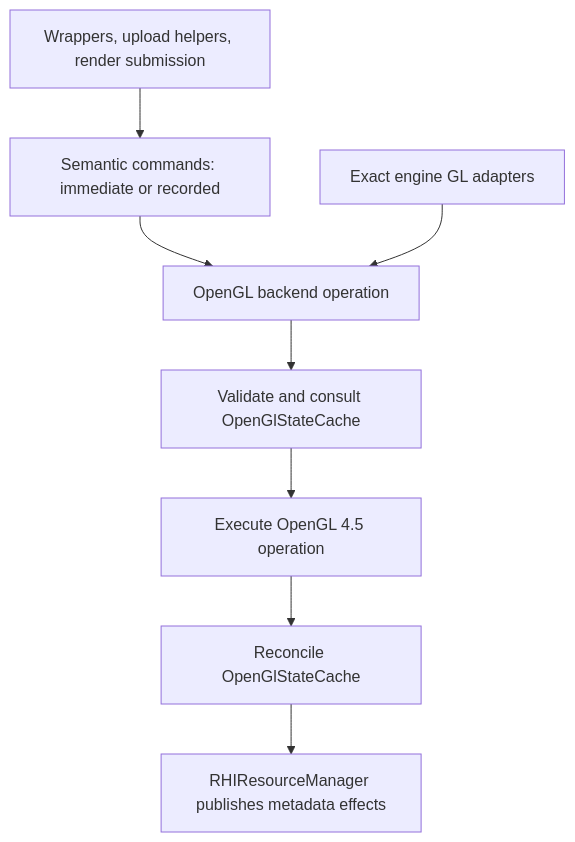
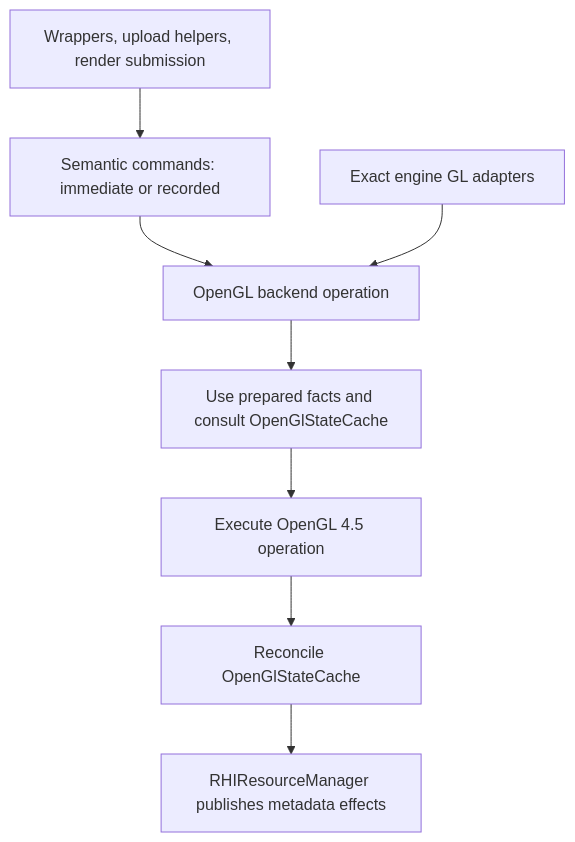
One commit to dsisco11/VanillaGraphicsExpanded changed the diagram in docs/Rendering.GpuCommands.Proposal.md. Above: the diagram before and after it, drawn with Mermaid. The commit also changed other lines of this file and 6 other files, not shown here.

````diff
--- a/docs/Rendering.GpuCommands.Proposal.md
+++ b/docs/Rendering.GpuCommands.Proposal.md
@@ -28,10 +29,10 @@
 ```mermaid
 flowchart TD
     W[Wrappers, upload helpers, render submission] --> C[Semantic commands: immediate or recorded]
     C --> B[OpenGL backend operation]
-    B --> P[Validate and consult OpenGlStateCache]
+    B --> P[Use prepared facts and consult OpenGlStateCache]
     P --> N[Execute OpenGL 4.5 operation]
     N --> R[Reconcile OpenGlStateCache]
     R --> M[RHIResourceManager publishes metadata effects]
     E[Exact engine GL adapters] --> B
 ```
````
